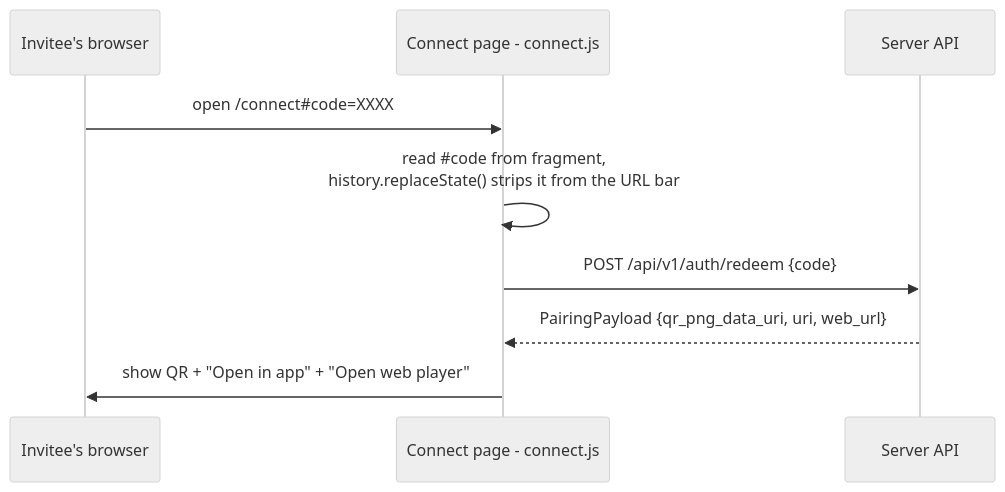
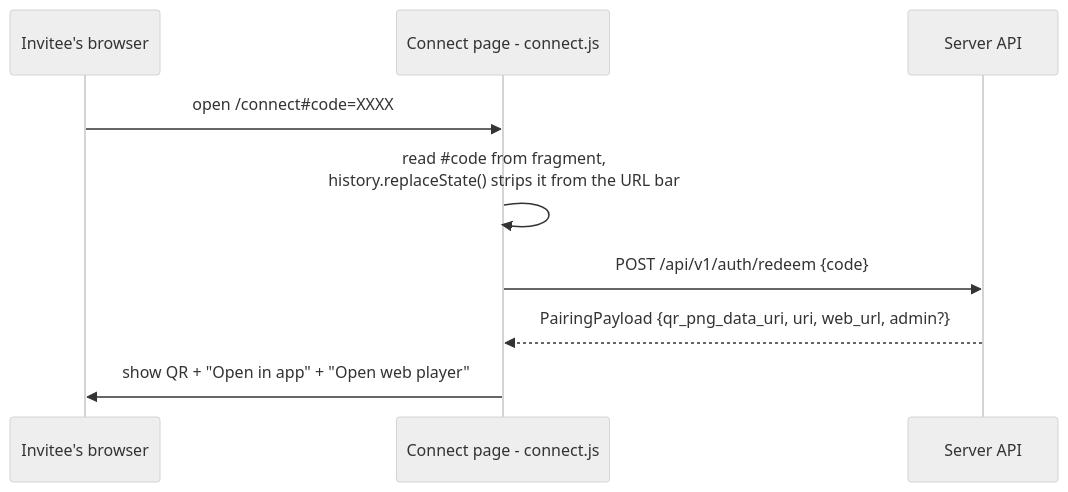
The diagram in docs-developers/server/web-ui.md (KodeStar/audiosilo-docs), drawn with Mermaid (neutral theme) before and after one commit. The commit also changed other lines of this file and 40 other files, not shown here.

````diff
--- a/docs-developers/server/web-ui.md
+++ b/docs-developers/server/web-ui.md
@@ -2017,12 +2038,12 @@
 ```mermaid
 sequenceDiagram
     participant U as Invitee's browser
     participant W as Connect page - connect.js
     participant S as Server API
 
     U->>W: open /connect#35;code=XXXX
     W->>W: read #35;code from fragment,<br/>history.replaceState() strips it from the URL bar
     W->>S: POST /api/v1/auth/redeem {code}
-    S-->>W: PairingPayload {qr_png_data_uri, uri, web_url}
+    S-->>W: PairingPayload {qr_png_data_uri, uri, web_url, admin?}
     W->>U: show QR + "Open in app" + "Open web player"
 ```
````
